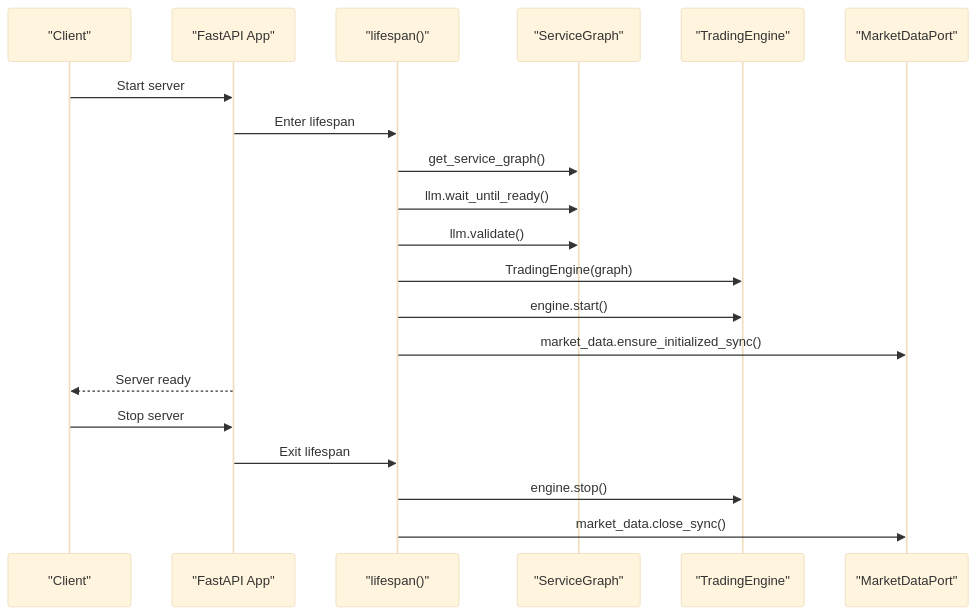
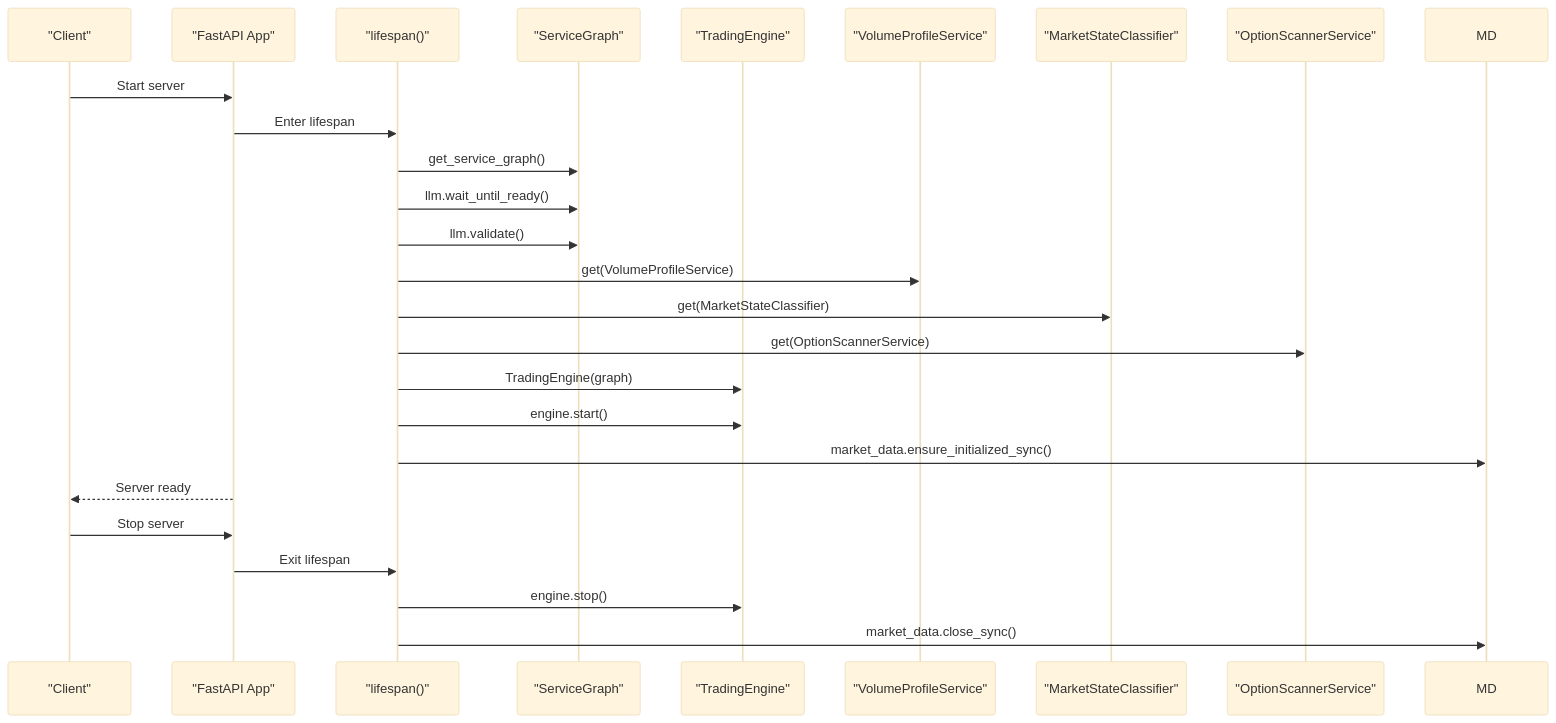
The seventh of 9 diagrams in .qoder/repowiki/en/content/Backend Application/Service Architecture.md (gemrajkhatry-maker/v5-of-glassytrade-ai), drawn with Mermaid (base theme) before and after one commit. The commit also changed other lines of this file and 930 other files, not shown here.

````diff
--- a/.qoder/repowiki/en/content/Backend Application/Service Architecture.md
+++ b/.qoder/repowiki/en/content/Backend Application/Service Architecture.md
@@ -408,22 +511,27 @@
 ```mermaid
 sequenceDiagram
 participant Client as "Client"
 participant App as "FastAPI App"
 participant Lifespan as "lifespan()"
 participant Graph as "ServiceGraph"
 participant Engine as "TradingEngine"
-participant MD as "MarketDataPort"
+participant VPS as "VolumeProfileService"
+participant MSC as "MarketStateClassifier"
+participant OS as "OptionScannerService"
 Client->>App : Start server
 App->>Lifespan : Enter lifespan
 Lifespan->>Graph : get_service_graph()
 Lifespan->>Graph : llm.wait_until_ready()
 Lifespan->>Graph : llm.validate()
+Lifespan->>VPS : get(VolumeProfileService)
+Lifespan->>MSC : get(MarketStateClassifier)
+Lifespan->>OS : get(OptionScannerService)
 Lifespan->>Engine : TradingEngine(graph)
 Lifespan->>Engine : engine.start()
 Lifespan->>MD : market_data.ensure_initialized_sync()
 App-->>Client : Server ready
 Client->>App : Stop server
 App->>Lifespan : Exit lifespan
 Lifespan->>Engine : engine.stop()
 Lifespan->>MD : market_data.close_sync()
 ```
````
